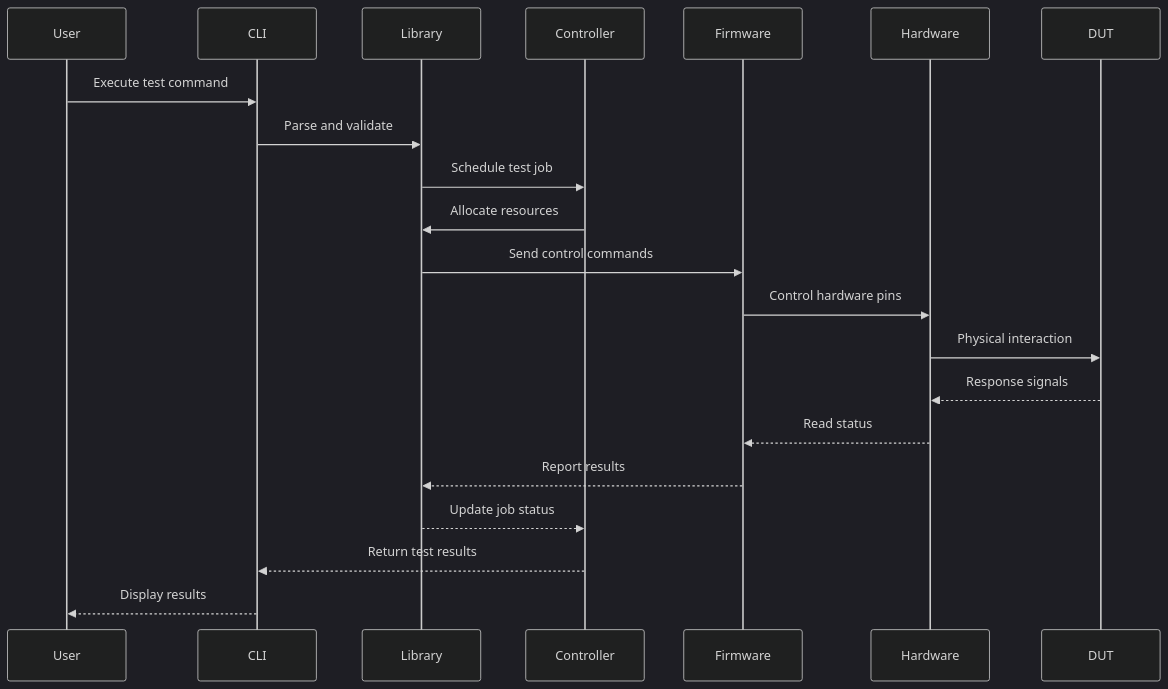
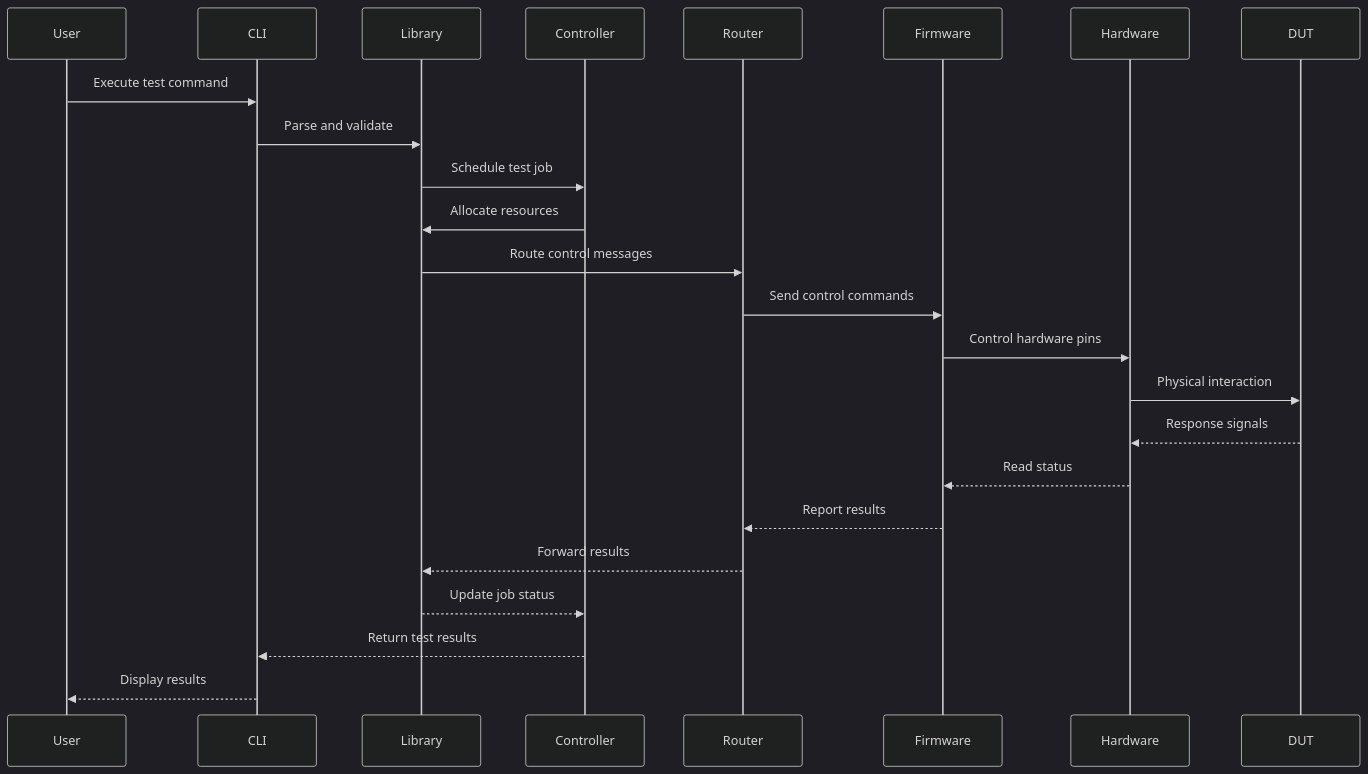
One commit to the78mole/jumpstarter-mono changed the third of 5 diagrams in docs/architecture/index.md. Above: the diagram before and after it, drawn with Mermaid (dark theme). The commit also changed other lines of this file and 1 other file, not shown here.

Commit message:
Update architecture and hardware documentation with exporter, router, and DUT Pi-Link Board

````diff
--- a/docs/architecture/index.md
+++ b/docs/architecture/index.md
@@ -165,24 +170,27 @@
 ```mermaid
 sequenceDiagram
     participant User
     participant CLI
     participant Library
     participant Controller
+    participant Router
     participant Firmware
     participant Hardware
     participant DUT
 
     User->>CLI: Execute test command
     CLI->>Library: Parse and validate
     Library->>Controller: Schedule test job
     Controller->>Library: Allocate resources
-    Library->>Firmware: Send control commands
+    Library->>Router: Route control messages
+    Router->>Firmware: Send control commands
     Firmware->>Hardware: Control hardware pins
     Hardware->>DUT: Physical interaction
     DUT-->>Hardware: Response signals
     Hardware-->>Firmware: Read status
-    Firmware-->>Library: Report results
+    Firmware-->>Router: Report results
+    Router-->>Library: Forward results
     Library-->>Controller: Update job status
     Controller-->>CLI: Return test results
     CLI-->>User: Display results
 ```
````
